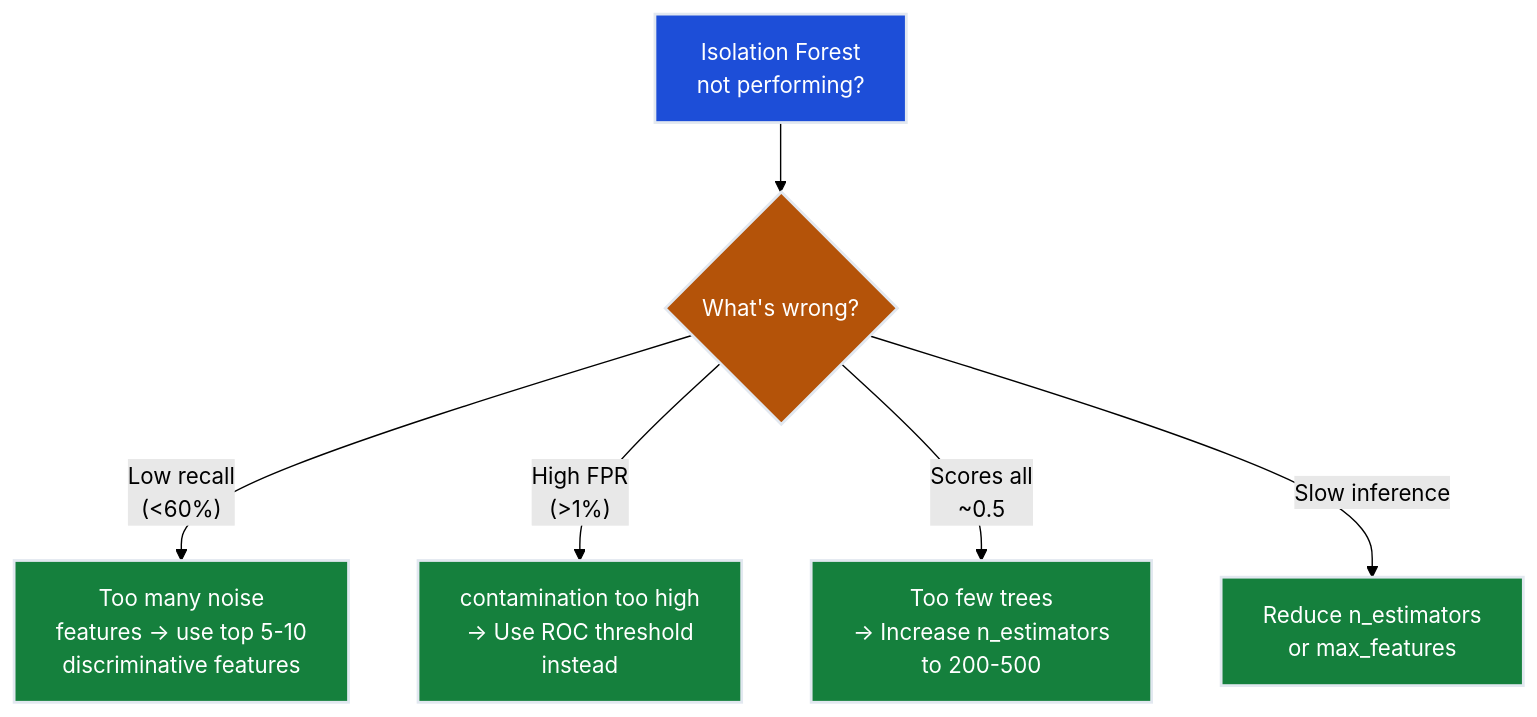
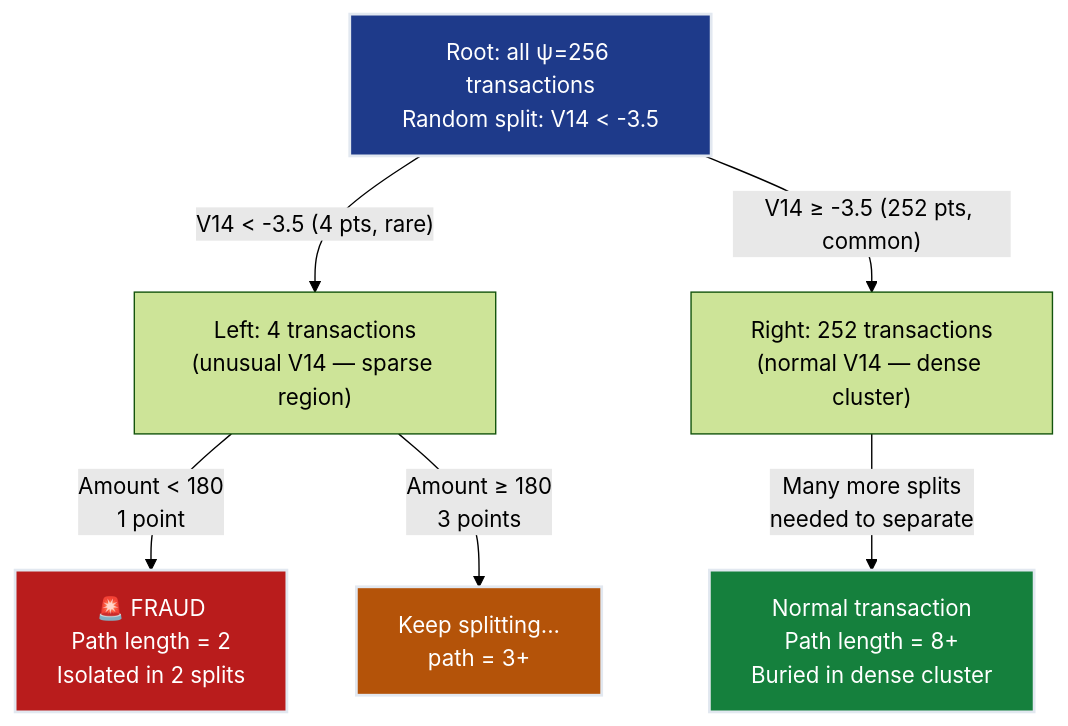
Before and after one commit to deepakshamsft/ai-portfolio: the third of 3 diagrams in notes/01-ml/05_anomaly_detection/ch02_isolation_forest/README.md, drawn with Mermaid (forest theme). The commit also changed other lines of this file and 727 other files, not shown here.

````diff
--- a/notes/01-ml/05_anomaly_detection/ch02_isolation_forest/README.md
+++ b/notes/01-ml/05_anomaly_detection/ch02_isolation_forest/README.md
@@ -346,16 +500,19 @@
 ```mermaid
 flowchart TD
-    PROBLEM["Isolation Forest\nnot performing?"] --> SYMPTOM{"What's wrong?"}
+    ROOT["Root: all ψ=256 transactions\nRandom split: V14 < -3.5"]
+    L1["Left: 4 transactions\n(unusual V14 — sparse region)"]
+    R1["Right: 252 transactions\n(normal V14 — dense cluster)"]
 
-    SYMPTOM -->|"Low recall\n(<60%)"| FEAT["Too many noise\nfeatures → use top 5-10\ndiscriminative features"]
-    SYMPTOM -->|"High FPR\n(>1%)"| CONTAM["contamination too high\n→ Use ROC threshold\ninstead"]
-    SYMPTOM -->|"Scores all\n~0.5"| TREES["Too few trees\n→ Increase n_estimators\nto 200-500"]
-    SYMPTOM -->|"Slow inference"| FAST["Reduce n_estimators\nor max_features"]
+    ROOT -->|"V14 < -3.5 (4 pts, rare)"| L1
+    ROOT -->|"V14 ≥ -3.5 (252 pts, common)"| R1
 
-    style PROBLEM fill:#1d4ed8,stroke:#e2e8f0,stroke-width:2px,color:#ffffff
-    style SYMPTOM fill:#b45309,stroke:#e2e8f0,stroke-width:2px,color:#ffffff
-    style FEAT fill:#15803d,stroke:#e2e8f0,stroke-width:2px,color:#ffffff
-    style CONTAM fill:#15803d,stroke:#e2e8f0,stroke-width:2px,color:#ffffff
-    style TREES fill:#15803d,stroke:#e2e8f0,stroke-width:2px,color:#ffffff
-    style FAST fill:#15803d,stroke:#e2e8f0,stroke-width:2px,color:#ffffff
+    L1 -->|"Amount < 180\n1 point"| FRAUD["🚨 FRAUD\nPath length = 2\nIsolated in 2 splits"]
+    L1 -->|"Amount ≥ 180\n3 points"| CONT["Keep splitting...\npath = 3+"]
+
+    R1 -->|"Many more splits\nneeded to separate"| DEEP["Normal transaction\nPath length = 8+\nBuried in dense cluster"]
+
+    style FRAUD fill:#b91c1c,stroke:#e2e8f0,stroke-width:2px,color:#ffffff
+    style DEEP fill:#15803d,stroke:#e2e8f0,stroke-width:2px,color:#ffffff
+    style ROOT fill:#1e3a8a,stroke:#e2e8f0,stroke-width:2px,color:#ffffff
+    style CONT fill:#b45309,stroke:#e2e8f0,stroke-width:2px,color:#ffffff
 ```
````
